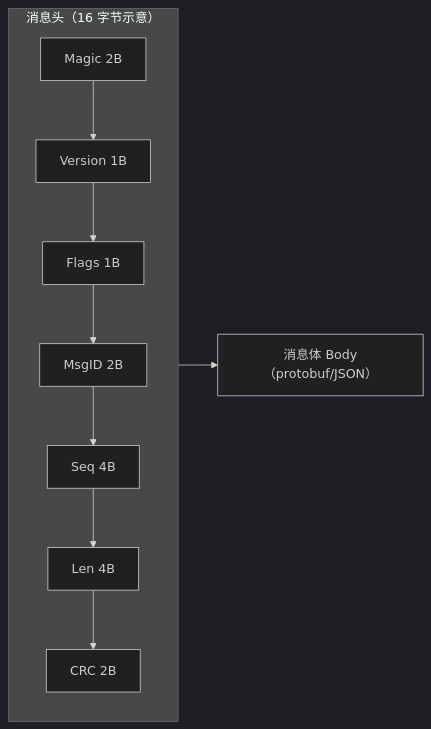
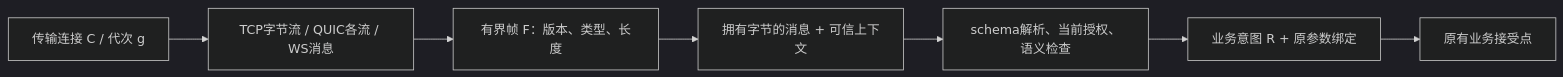
One commit to fantuan812/learning changed the first of 5 diagrams in 知识/07-网络与游戏服务端/服务架构与消息通信/02-网络通信与协议设计.md. Above: the diagram before and after it, drawn with Mermaid (dark theme). The commit also changed other lines of this file and 1 other file, not shown here.

````diff
--- a/知识/07-网络与游戏服务端/服务架构与消息通信/02-网络通信与协议设计.md
+++ b/知识/07-网络与游戏服务端/服务架构与消息通信/02-网络通信与协议设计.md
@@ -359,8 +71,9 @@
 ```mermaid
 flowchart LR
-    subgraph HEAD["消息头（16 字节示意）"]
-        M["Magic 2B"] --> V["Version 1B"] --> F["Flags 1B"] --> I["MsgID 2B"]
-        I --> S["Seq 4B"] --> L["Len 4B"] --> C["CRC 2B"]
-    end
-    HEAD --> BODY["消息体 Body（protobuf/JSON）"]
+    T["传输连接 C / 代次 g"] --> S["TCP字节流 / QUIC各流 / WS消息"]
+    S --> F["有界帧 F：版本、类型、长度"]
+    F --> O["拥有字节的消息 + 可信上下文"]
+    O --> V["schema解析、当前授权、语义检查"]
+    V --> R["业务意图 R + 原参数绑定"]
+    R --> B["原有业务接受点"]
 ```
````
